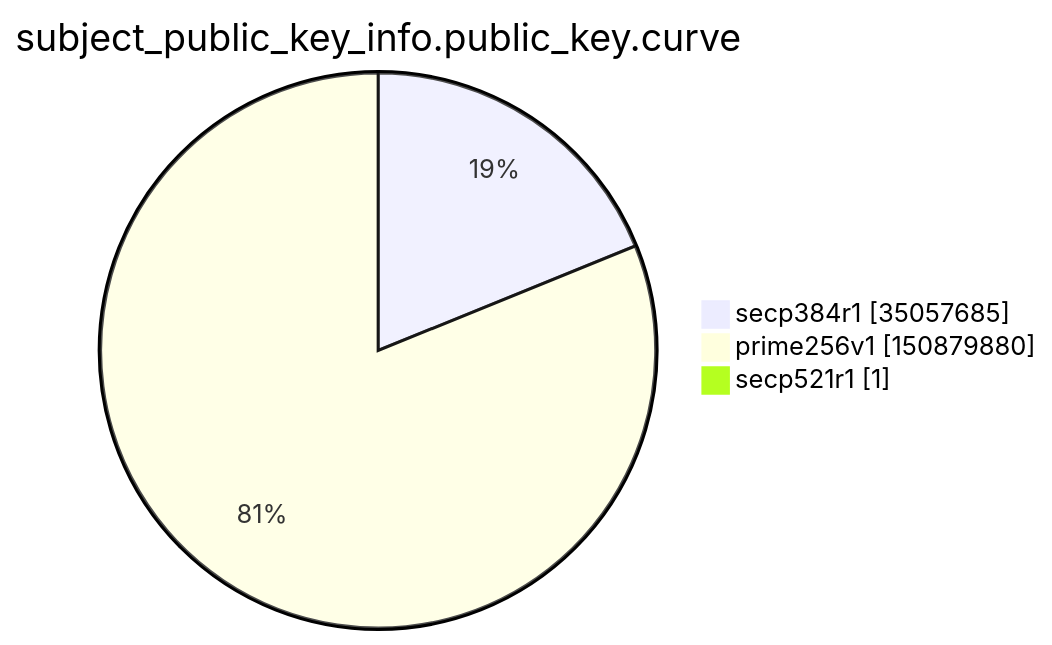
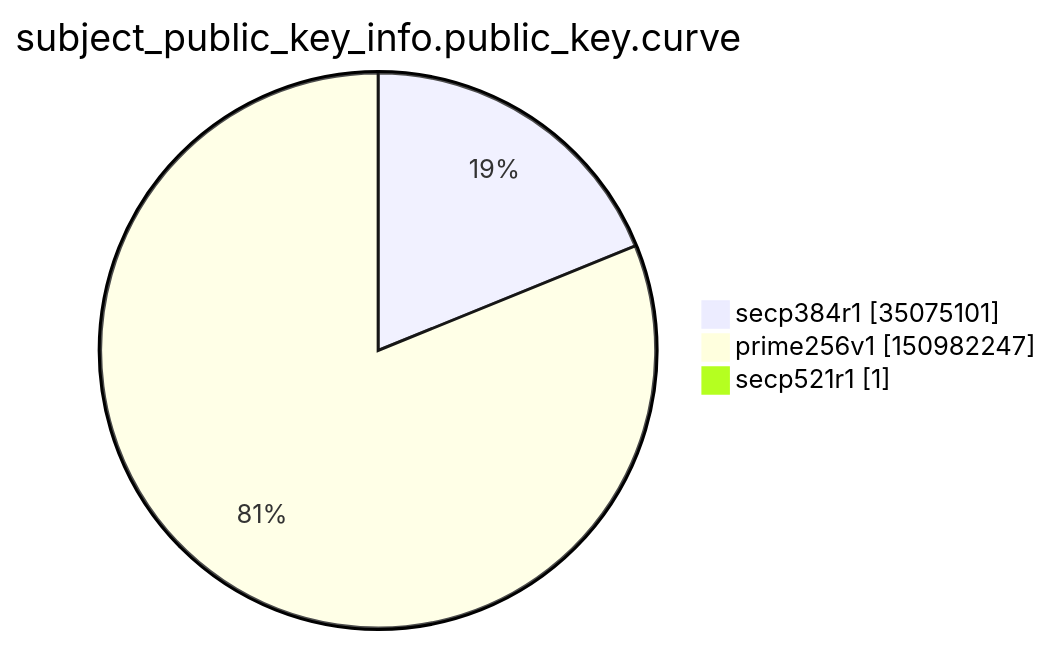
Before and after one commit to christiankrug/ctmonitor_visualization: the ninth of 15 diagrams in argon2022/README.md, drawn with Mermaid. The commit also changed other lines of this file, not shown here.

````diff
--- a/argon2022/README.md
+++ b/argon2022/README.md
@@ -2765,7 +2765,7 @@
 ```mermaid
 pie showData
 title subject_public_key_info.public_key.curve
-"secp384r1" :35057685
-"prime256v1" :150879880
+"secp384r1" :35075101
+"prime256v1" :150982247
 "secp521r1" :1
 ```
````
